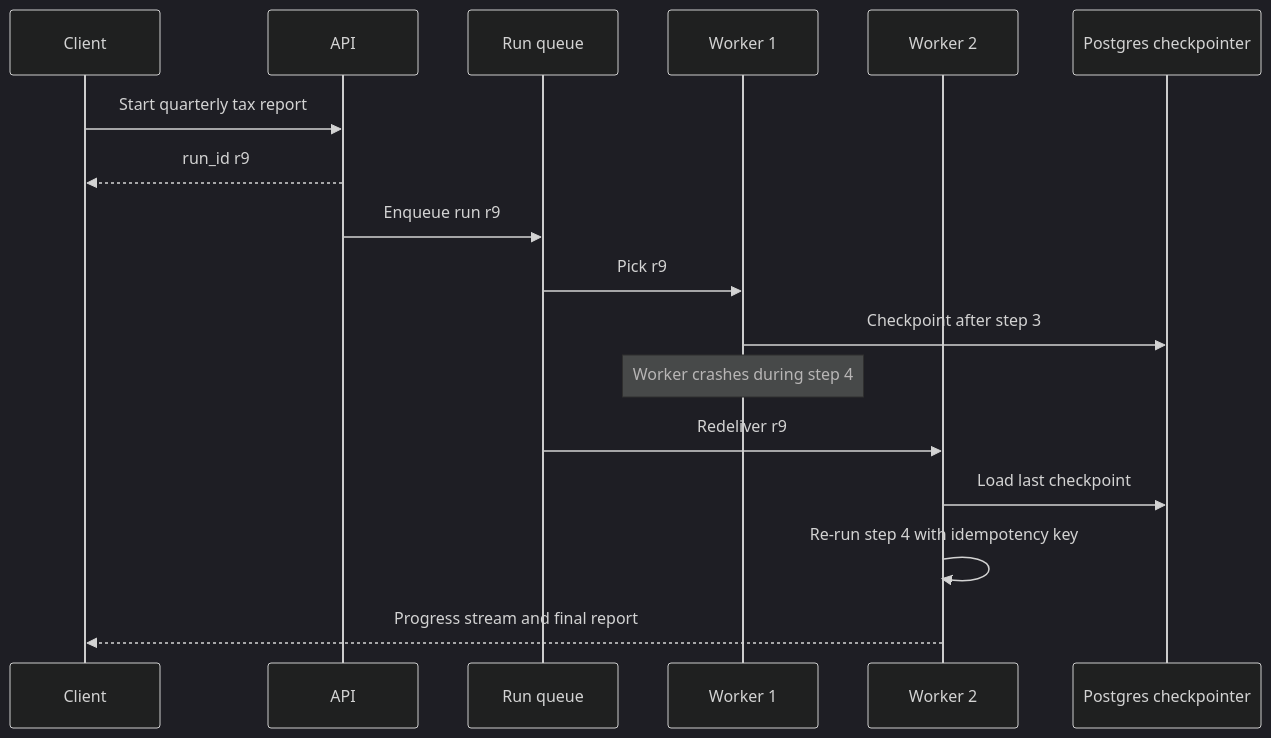
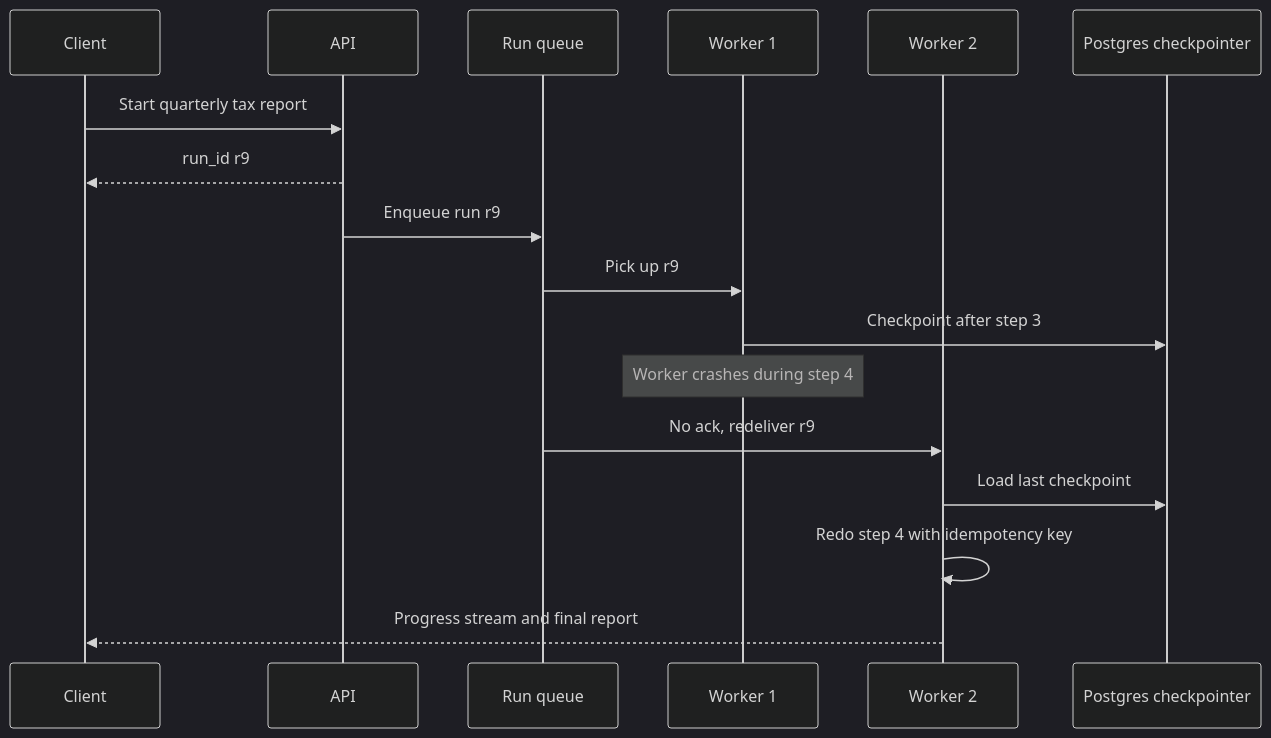
Before and after one commit to flow6979/viewinter: the fourth of 14 diagrams in content-en/11-agentic/12-agents-in-production.md, drawn with Mermaid (dark theme). The commit also changed other lines of this file and 26 other files, not shown here.

First line of the commit message:
Agentic AI: rewrite all 13 pages to explain from scratch; animate diagrams on every article

````diff
--- a/content-en/11-agentic/12-agents-in-production.md
+++ b/content-en/11-agentic/12-agents-in-production.md
@@ -59,19 +168,19 @@
 ```mermaid
 sequenceDiagram
     participant C as Client
     participant A as API
     participant Q as Run queue
     participant W1 as Worker 1
     participant W2 as Worker 2
     participant P as Postgres checkpointer
     C->>A: Start quarterly tax report
     A-->>C: run_id r9
     A->>Q: Enqueue run r9
-    Q->>W1: Pick r9
+    Q->>W1: Pick up r9
     W1->>P: Checkpoint after step 3
     Note over W1: Worker crashes during step 4
-    Q->>W2: Redeliver r9
+    Q->>W2: No ack, redeliver r9
     W2->>P: Load last checkpoint
-    W2->>W2: Re-run step 4 with idempotency key
+    W2->>W2: Redo step 4 with idempotency key
     W2-->>C: Progress stream and final report
 ```
````
